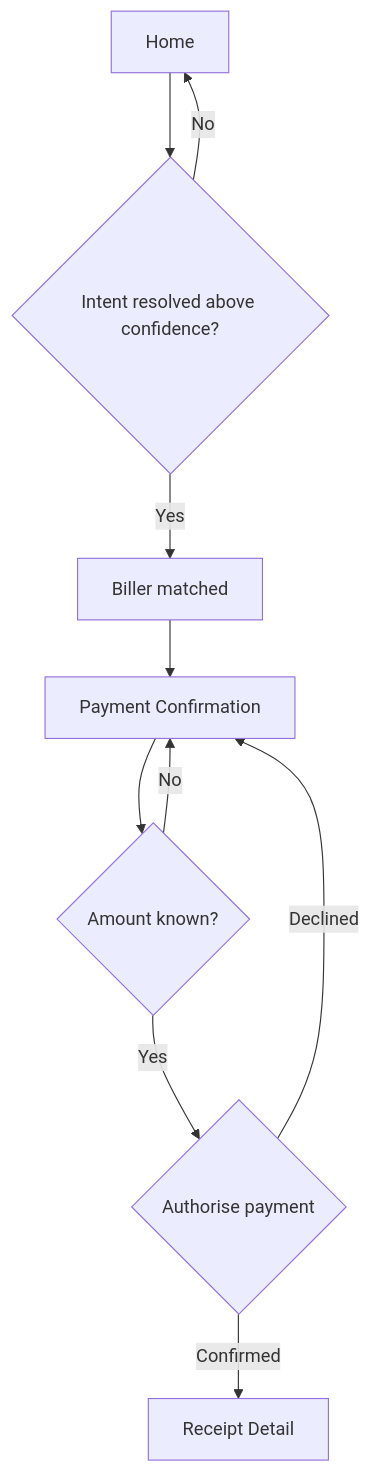
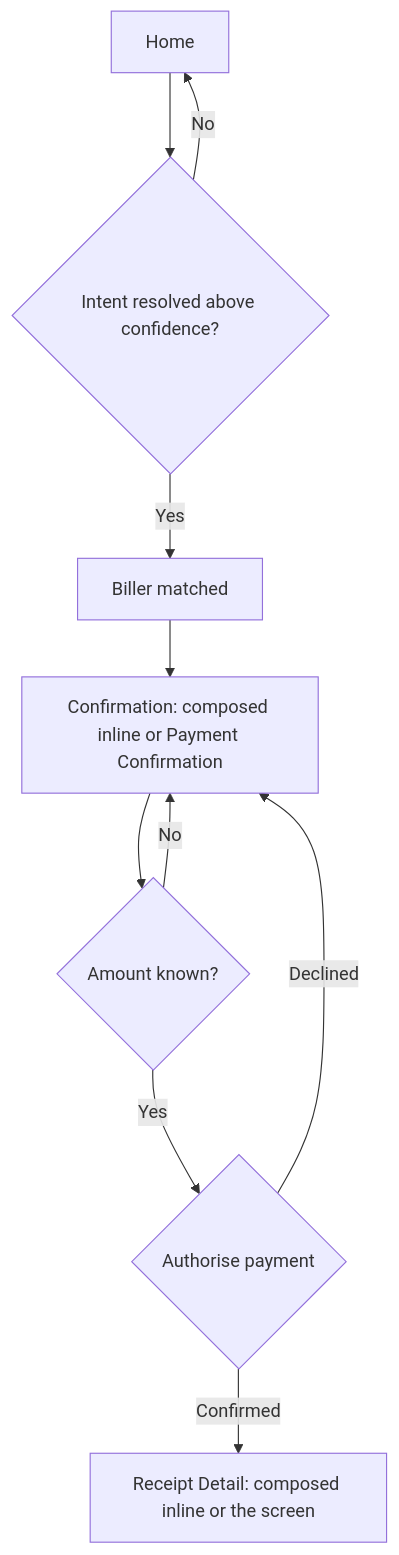
One commit to vanguard-op/sabi-docs changed the third of 9 diagrams in Sabi/user-flow.md. Above: the diagram before and after it, drawn with Mermaid. The commit also changed other lines of this file and 10 other files, not shown here.

````diff
--- a/Sabi/user-flow.md
+++ b/Sabi/user-flow.md
@@ -170,12 +171,12 @@
 ```mermaid
 graph TD
     Home[Home] --> A{Intent resolved above confidence?}
     A -->|No| Home
     A -->|Yes| B[Biller matched]
-    B --> C[Payment Confirmation]
+    B --> C[Confirmation: composed inline or Payment Confirmation]
     C --> D{Amount known?}
     D -->|No| C
     D -->|Yes| E{Authorise payment}
-    E -->|Confirmed| G[Receipt Detail]
+    E -->|Confirmed| G[Receipt Detail: composed inline or the screen]
     E -->|Declined| C
 ```
````
